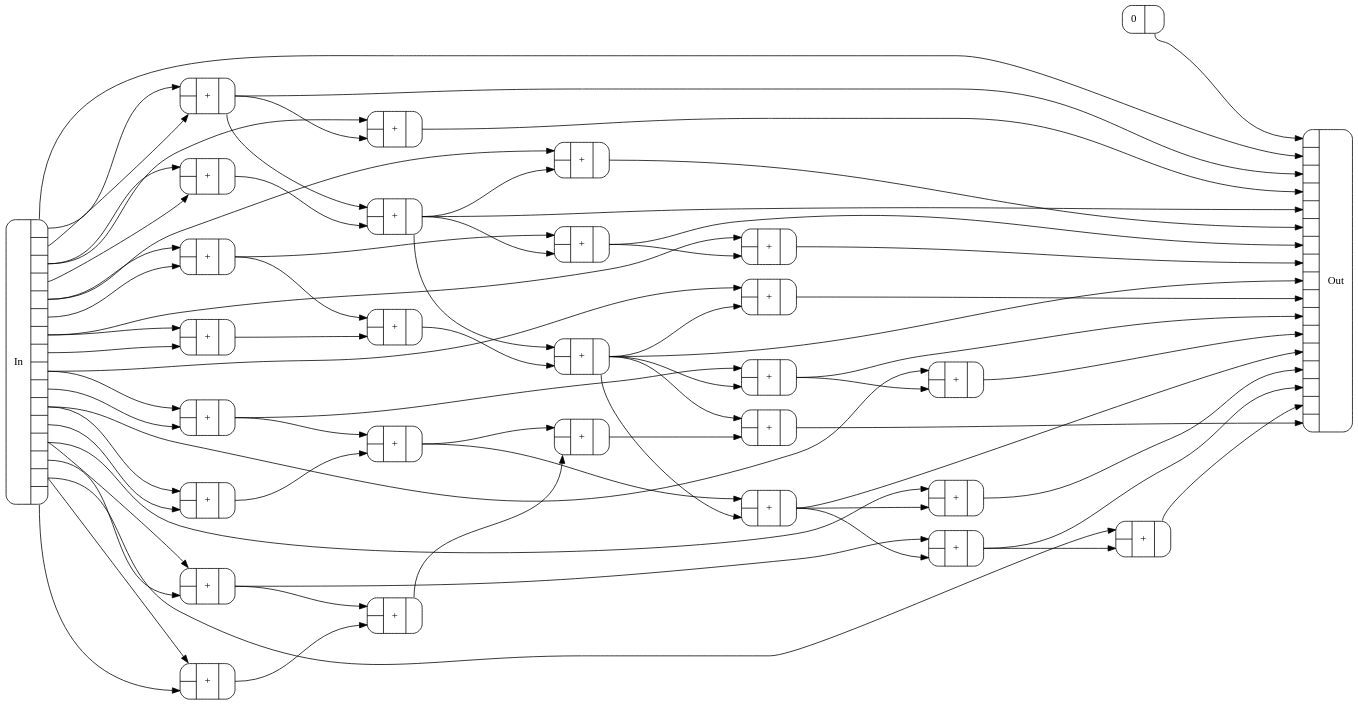
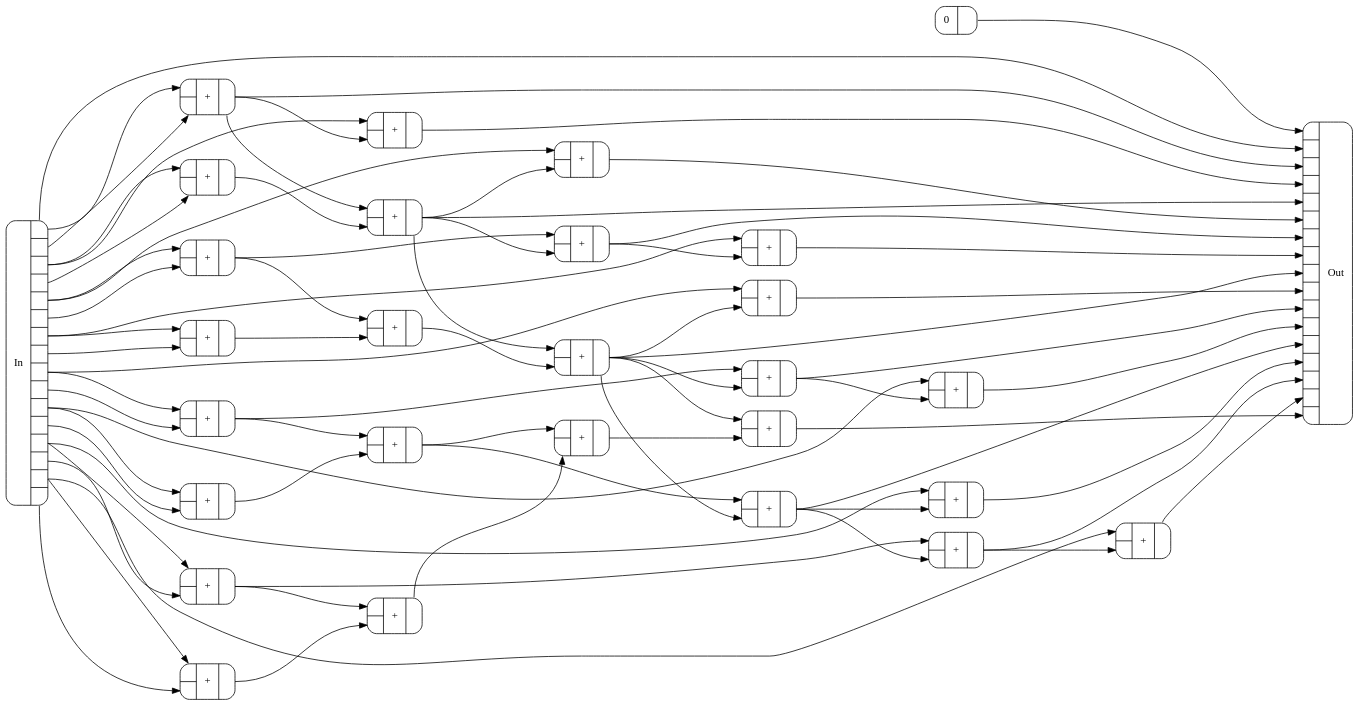
One commit to conal/talk-2021-can-tensor-programming-be-liberated changed the diagram in Figures/lsums-lt4.dot. Above: the diagram before and after it, drawn with Graphviz. The commit also changed 7 other files, not shown here.

```diff
--- a/Figures/lsums-lt4.dot
+++ b/Figures/lsums-lt4.dot
@@ -1,107 +1,107 @@
 digraph lsums_lt4 {
   rankdir=LR;
   node [shape=Mrecord];
   bgcolor=transparent;
   nslimit=20;
   ranksep="2.38";
   c0 [label="{{<In0>|<In1>}|+|{<Out0>}}"];
   c1 [label="{{<In0>|<In1>}|+|{<Out0>}}"];
   c2 [label="{{<In0>|<In1>}|+|{<Out0>}}"];
   c3 [label="{{<In0>|<In1>}|+|{<Out0>}}"];
   c4 [label="{{<In0>|<In1>}|+|{<Out0>}}"];
   c5 [label="{{<In0>|<In1>}|+|{<Out0>}}"];
   c6 [label="{{<In0>|<In1>}|+|{<Out0>}}"];
   c7 [label="{{<In0>|<In1>}|+|{<Out0>}}"];
   c8 [label="{{<In0>|<In1>}|+|{<Out0>}}"];
   c9 [label="{{<In0>|<In1>}|+|{<Out0>}}"];
   c10 [label="{{<In0>|<In1>}|+|{<Out0>}}"];
   c11 [label="{{<In0>|<In1>}|+|{<Out0>}}"];
   c12 [label="{{<In0>|<In1>}|+|{<Out0>}}"];
   c13 [label="{{<In0>|<In1>}|+|{<Out0>}}"];
   c14 [label="{{<In0>|<In1>}|+|{<Out0>}}"];
   c15 [label="{{<In0>|<In1>}|+|{<Out0>}}"];
   c16 [label="{{<In0>|<In1>}|+|{<Out0>}}"];
   c17 [label="{{<In0>|<In1>}|+|{<Out0>}}"];
   c18 [label="{{<In0>|<In1>}|+|{<Out0>}}"];
   c19 [label="{{<In0>|<In1>}|+|{<Out0>}}"];
   c20 [label="{{<In0>|<In1>}|+|{<Out0>}}"];
   c21 [label="{{<In0>|<In1>}|+|{<Out0>}}"];
   c22 [label="{{<In0>|<In1>}|+|{<Out0>}}"];
   c23 [label="{{<In0>|<In1>}|+|{<Out0>}}"];
   c24 [label="{{<In0>|<In1>}|+|{<Out0>}}"];
   c25 [label="{{<In0>|<In1>}|+|{<Out0>}}"];
   c26 [label="{0|{<Out0>}}"];
   c27 [label="{In|{<Out0>|<Out1>|<Out2>|<Out3>|<Out4>|<Out5>|<Out6>|<Out7>|<Out8>|<Out9>|<Out10>|<Out11>|<Out12>|<Out13>|<Out14>|<Out15>}}"];
   c28 [label="{{<In0>|<In1>|<In2>|<In3>|<In4>|<In5>|<In6>|<In7>|<In8>|<In9>|<In10>|<In11>|<In12>|<In13>|<In14>|<In15>|<In16>}|Out}"];
   c27:Out0 -> c0:In0;
   c27:Out1 -> c0:In1;
   c27:Out2 -> c1:In0;
   c27:Out3 -> c1:In1;
   c27:Out2 -> c2:In0;
   c0:Out0 -> c2:In1;
   c27:Out4 -> c3:In0;
   c27:Out5 -> c3:In1;
   c27:Out4 -> c4:In0;
   c15:Out0 -> c4:In1;
   c27:Out6 -> c5:In0;
   c27:Out7 -> c5:In1;
   c27:Out6 -> c6:In0;
   c17:Out0 -> c6:In1;
   c27:Out8 -> c7:In0;
   c27:Out9 -> c7:In1;
   c27:Out8 -> c8:In0;
   c22:Out0 -> c8:In1;
   c27:Out10 -> c9:In0;
   c27:Out11 -> c9:In1;
   c27:Out10 -> c10:In0;
   c19:Out0 -> c10:In1;
   c27:Out12 -> c11:In0;
   c27:Out13 -> c11:In1;
   c27:Out12 -> c12:In0;
   c24:Out0 -> c12:In1;
   c27:Out14 -> c13:In0;
   c27:Out15 -> c13:In1;
   c27:Out14 -> c14:In0;
   c21:Out0 -> c14:In1;
   c0:Out0 -> c15:In0;
   c1:Out0 -> c15:In1;
   c3:Out0 -> c16:In0;
   c5:Out0 -> c16:In1;
   c3:Out0 -> c17:In0;
   c15:Out0 -> c17:In1;
   c7:Out0 -> c18:In0;
   c9:Out0 -> c18:In1;
   c7:Out0 -> c19:In0;
   c22:Out0 -> c19:In1;
   c11:Out0 -> c20:In0;
   c13:Out0 -> c20:In1;
   c11:Out0 -> c21:In0;
   c24:Out0 -> c21:In1;
   c15:Out0 -> c22:In0;
   c16:Out0 -> c22:In1;
   c18:Out0 -> c23:In0;
   c20:Out0 -> c23:In1;
   c18:Out0 -> c24:In0;
   c22:Out0 -> c24:In1;
   c22:Out0 -> c25:In0;
   c23:Out0 -> c25:In1;
-  c26:Out0 -> c28:In0;
+  c26:Out0 -> c28:In0 [minlen = 2];
   c27:Out0 -> c28:In1;
   c0:Out0 -> c28:In2;
   c2:Out0 -> c28:In3;
   c15:Out0 -> c28:In4;
   c4:Out0 -> c28:In5;
   c17:Out0 -> c28:In6;
   c6:Out0 -> c28:In7;
   c22:Out0 -> c28:In8;
   c8:Out0 -> c28:In9;
   c19:Out0 -> c28:In10;
   c10:Out0 -> c28:In11;
   c24:Out0 -> c28:In12;
   c12:Out0 -> c28:In13;
   c21:Out0 -> c28:In14;
   c14:Out0 -> c28:In15;
   c25:Out0 -> c28:In16;
 }
 
 // lsums-lt4 components: 26 +, 1 0, 27 total. Max depth: 6.
```
